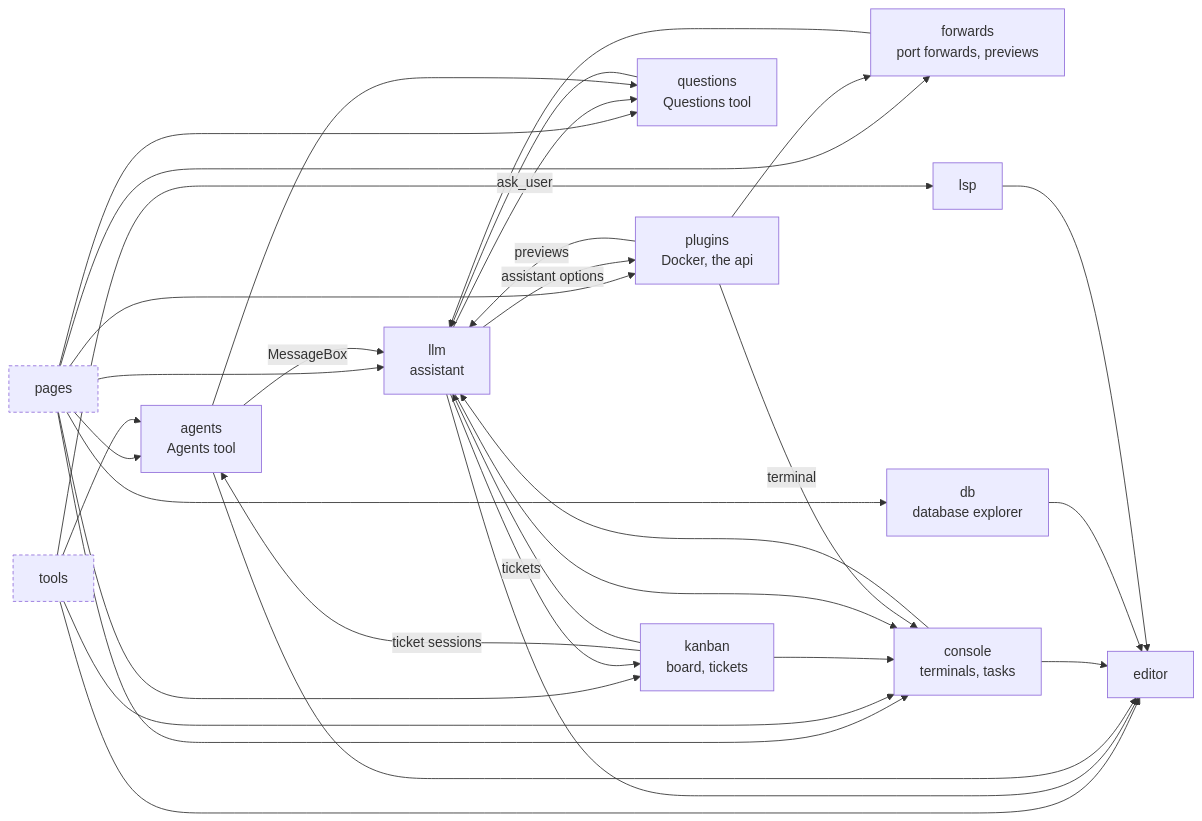
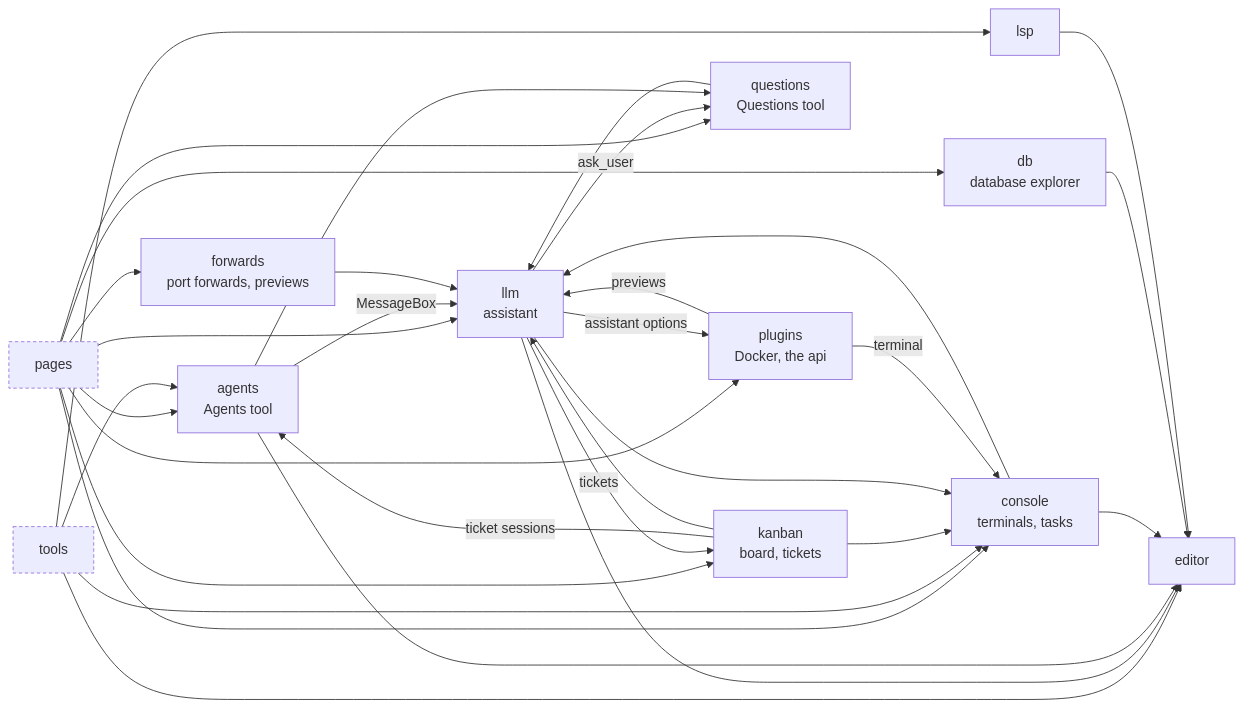
Before and after one commit to DrSmithFr/web-ide: the second of 2 diagrams in web/src/README.md, drawn with Mermaid. The commit also changed other lines of this file and 17 other files, not shown here.

````diff
--- a/web/src/README.md
+++ b/web/src/README.md
@@ -43,49 +43,48 @@
 ```mermaid
 flowchart LR
   pages["pages"]
   tools["tools"]
   kanban["kanban<br/>board, tickets"]
   llm["llm<br/>assistant"]
   agents["agents<br/>Agents tool"]
   questions["questions<br/>Questions tool"]
   plugins["plugins<br/>Docker, the api"]
   forwards["forwards<br/>port forwards, previews"]
   console["console<br/>terminals, tasks"]
   db["db<br/>database explorer"]
   editor["editor"]
   lsp["lsp"]
   pages --> agents
   pages --> console
   pages --> db
   pages --> forwards
   pages --> plugins
   pages --> kanban
   pages --> llm
   pages --> questions
   tools --> agents
   tools --> console
   tools --> editor
   tools --> lsp
   kanban -->|"ticket sessions"| agents
   kanban --> console
   kanban --> llm
   llm --> console
   llm -->|"assistant options"| plugins
   llm --> editor
   llm -->|"tickets"| kanban
   llm -->|"ask_user"| questions
   agents --> editor
   agents -->|"MessageBox"| llm
   agents --> questions
   questions --> llm
   plugins -->|"terminal"| console
-  plugins --> forwards
   plugins -->|"previews"| llm
   forwards --> llm
   console --> editor
   console --> llm
   db --> editor
   lsp --> editor
   classDef other stroke-dasharray: 4 3
   class pages,tools other
 ```
````
